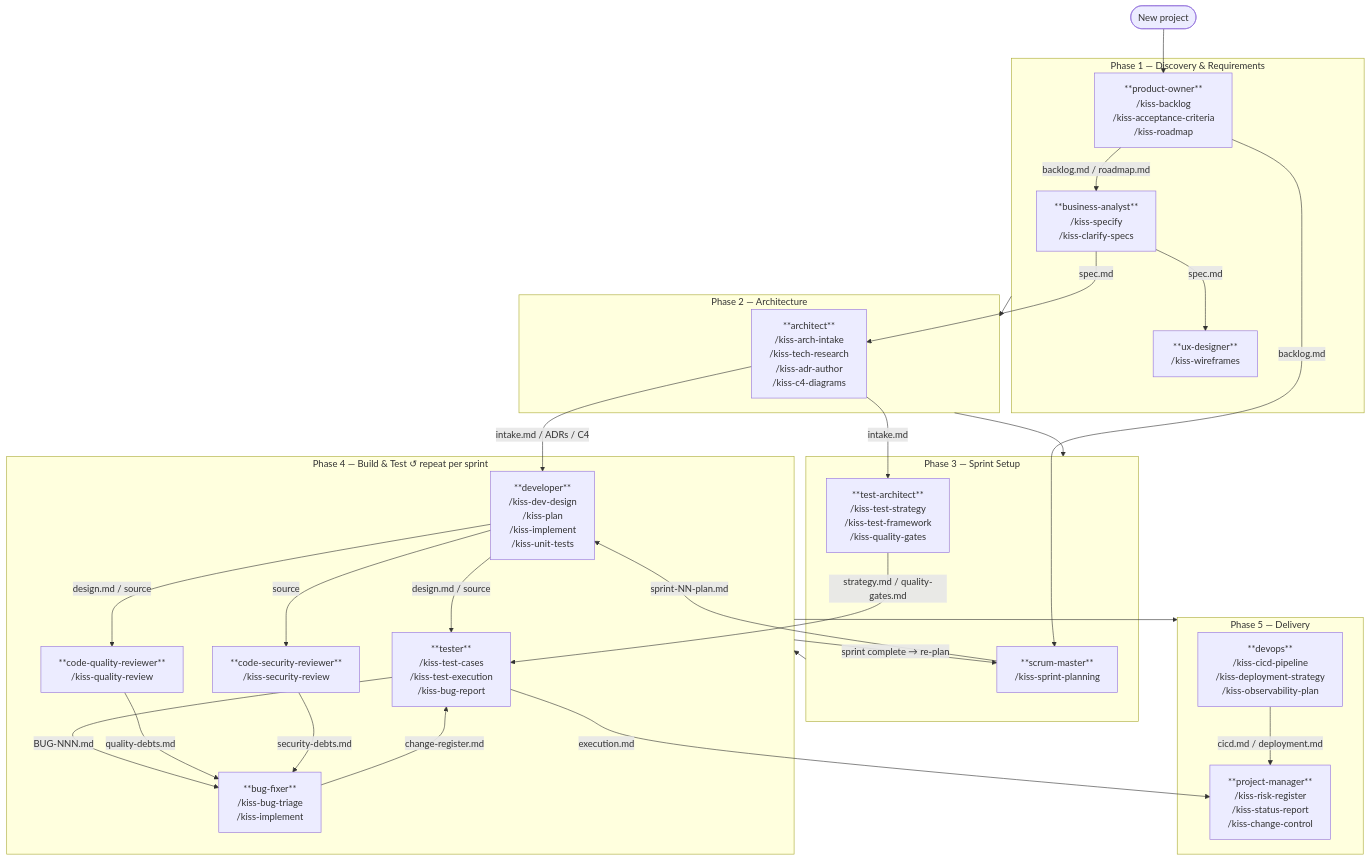
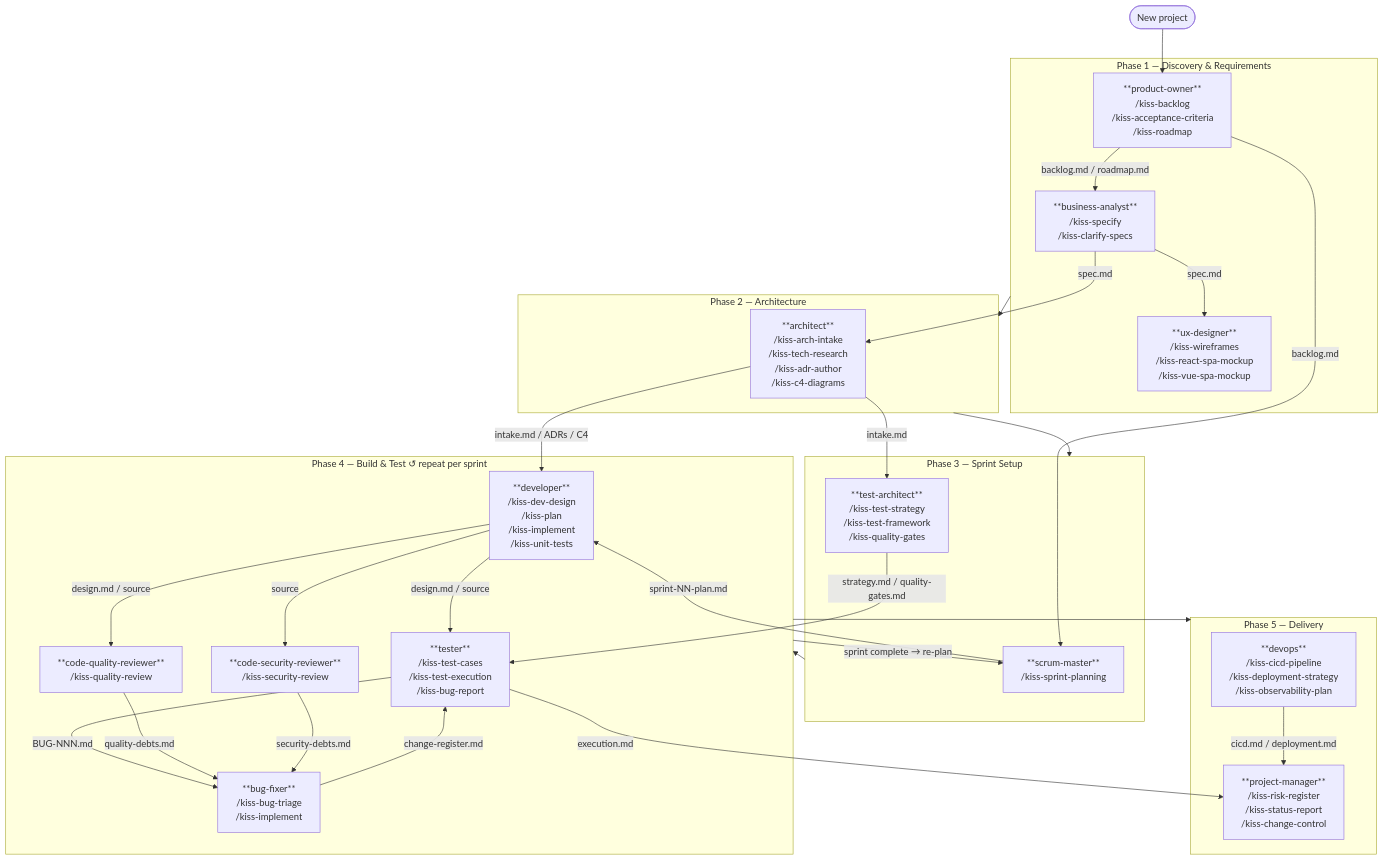
The third of 6 diagrams in docs/subagent-user-guide.md (DauQuangThanh/kiss-u), drawn with Mermaid before and after one commit. The commit also changed other lines of this file and 10 other files, not shown here.

````diff
--- a/docs/subagent-user-guide.md
+++ b/docs/subagent-user-guide.md
@@ -112,62 +112,62 @@
 ```mermaid
 flowchart TD
     START([New project])
 
     subgraph P1["Phase 1 — Discovery & Requirements"]
         PO["**product-owner**\n/kiss-backlog\n/kiss-acceptance-criteria\n/kiss-roadmap"]
         BA["**business-analyst**\n/kiss-specify\n/kiss-clarify-specs"]
-        UX["**ux-designer**\n/kiss-wireframes"]
+        UX["**ux-designer**\n/kiss-wireframes\n/kiss-react-spa-mockup\n/kiss-vue-spa-mockup"]
     end
 
     subgraph P2["Phase 2 — Architecture"]
         ARCH["**architect**\n/kiss-arch-intake\n/kiss-tech-research\n/kiss-adr-author\n/kiss-c4-diagrams"]
     end
 
     subgraph P3["Phase 3 — Sprint Setup"]
         SM["**scrum-master**\n/kiss-sprint-planning"]
         TA["**test-architect**\n/kiss-test-strategy\n/kiss-test-framework\n/kiss-quality-gates"]
     end
 
     subgraph P4["Phase 4 — Build & Test  ↺ repeat per sprint"]
         DEV["**developer**\n/kiss-dev-design\n/kiss-plan\n/kiss-implement\n/kiss-unit-tests"]
         TEST["**tester**\n/kiss-test-cases\n/kiss-test-execution\n/kiss-bug-report"]
         QR["**code-quality-reviewer**\n/kiss-quality-review"]
         SR["**code-security-reviewer**\n/kiss-security-review"]
         BF["**bug-fixer**\n/kiss-bug-triage\n/kiss-implement"]
     end
 
     subgraph P5["Phase 5 — Delivery"]
         DO["**devops**\n/kiss-cicd-pipeline\n/kiss-deployment-strategy\n/kiss-observability-plan"]
         PM["**project-manager**\n/kiss-risk-register\n/kiss-status-report\n/kiss-change-control"]
     end
 
     START --> PO
     PO -->|"backlog.md / roadmap.md"| BA
     BA -->|"spec.md"| ARCH
     BA -->|"spec.md"| UX
     PO -->|"backlog.md"| SM
 
     ARCH -->|"intake.md / ADRs / C4"| DEV
     ARCH -->|"intake.md"| TA
 
     SM -->|"sprint-NN-plan.md"| DEV
     TA -->|"strategy.md / quality-gates.md"| TEST
 
     DEV -->|"design.md / source"| TEST
     DEV -->|"design.md / source"| QR
     DEV -->|"source"| SR
 
     TEST -->|"BUG-NNN.md"| BF
     QR -->|"quality-debts.md"| BF
     SR -->|"security-debts.md"| BF
     BF -->|"change-register.md"| TEST
 
     TEST -->|"execution.md"| PM
     DO -->|"cicd.md / deployment.md"| PM
 
     P4 -->|"sprint complete → re-plan"| SM
     P1 --> P2
     P2 --> P3
     P3 --> P4
     P4 --> P5
 ```
````
